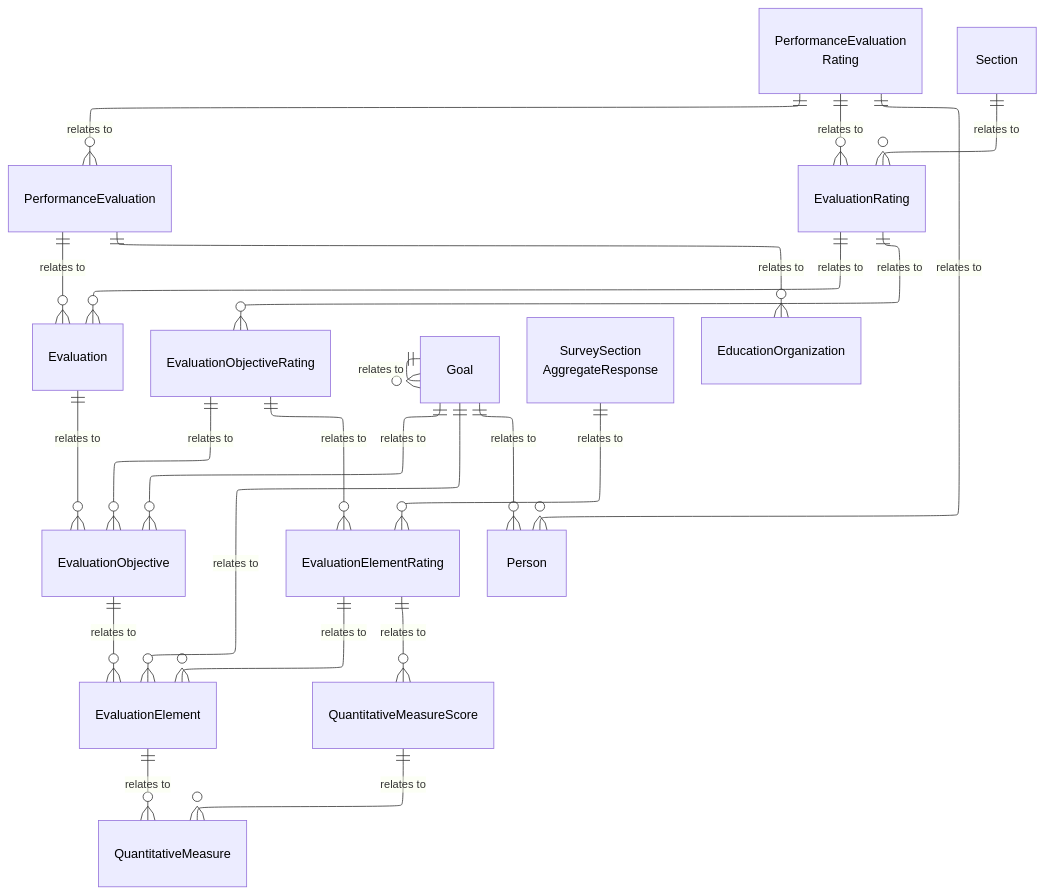
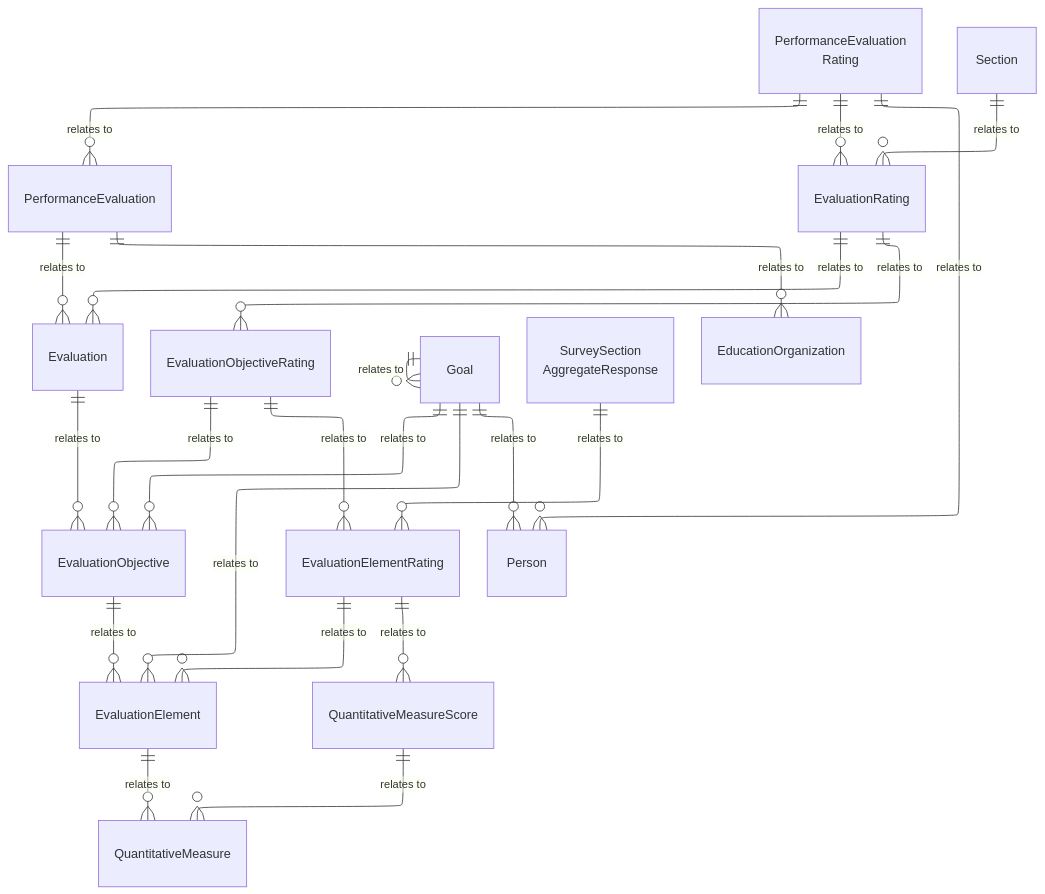
Before and after one commit to Ed-Fi-Alliance-OSS/ed-fi-alliance-oss.github.io: the diagram in dataStandard_versioned_docs/version-6/model-reference/performance-evaluation-domain/model-diagrams.md, drawn with Mermaid. The commit also changed 24 other files, not shown here.

````diff
--- a/dataStandard_versioned_docs/version-6/model-reference/performance-evaluation-domain/model-diagrams.md
+++ b/dataStandard_versioned_docs/version-6/model-reference/performance-evaluation-domain/model-diagrams.md
@@ -10,73 +10,58 @@
 ```mermaid
 ---
 config:
   layout: elk
 ---
 erDiagram
     PerformanceEvaluation {
     }
     PerformanceEvaluationRating["PerformanceEvaluation<br/>Rating"] {
     }
     Evaluation {
     }
     EvaluationRating {
     }
     EvaluationObjective {
     }
     EvaluationObjectiveRating {
     }
     EvaluationElement {
     }
     EvaluationElementRating {
     }
     QuantitativeMeasure {
     }
     QuantitativeMeasureScore {
     }
     Goal {
     }
     Person {
     }
     Section {
     }
     SurveySectionAggregateResponse["SurveySection<br/>AggregateResponse"] {
     }
     EducationOrganization {
     }
     PerformanceEvaluation ||--o{ EducationOrganization : "relates to"
     PerformanceEvaluation ||--o{ Evaluation : "relates to"
     PerformanceEvaluationRating ||--o{ PerformanceEvaluation : "relates to"
     PerformanceEvaluationRating ||--o{ EvaluationRating : "relates to"
     PerformanceEvaluationRating ||--o{ Person : "relates to"
     EvaluationRating ||--o{ Evaluation : "relates to"
     EvaluationRating ||--o{ EvaluationObjectiveRating : "relates to"
     Evaluation ||--o{ EvaluationObjective : "relates to"
     EvaluationObjective ||--o{ EvaluationElement : "relates to"
     EvaluationObjectiveRating ||--o{ EvaluationObjective : "relates to"
     EvaluationObjectiveRating ||--o{ EvaluationElementRating : "relates to"
     EvaluationElementRating ||--o{ EvaluationElement : "relates to"
     EvaluationElementRating ||--o{ QuantitativeMeasureScore : "relates to"
     EvaluationElement ||--o{ QuantitativeMeasure : "relates to"
     QuantitativeMeasureScore ||--o{ QuantitativeMeasure : "relates to"
     Goal ||--o{ Person : "relates to"
     Goal ||--o{ EvaluationObjective : "relates to"
     Goal ||--o{ EvaluationElement : "relates to"
     Goal ||--o{ Goal : "relates to"
     Section ||--o{ EvaluationRating : "relates to"
     SurveySectionAggregateResponse ||--o{ EvaluationElementRating : "relates to"
-    style PerformanceEvaluation color:#000000
-    style PerformanceEvaluationRating color:#000000
-    style Evaluation color:#000000
-    style EvaluationRating color:#000000
-    style EvaluationObjective color:#000000
-    style EvaluationObjectiveRating color:#000000
-    style EvaluationElement color:#000000
-    style EvaluationElementRating color:#000000
-    style QuantitativeMeasure color:#000000
-    style QuantitativeMeasureScore color:#000000
-    style Goal color:#000000
-    style Person color:#000000
-    style Section color:#000000
-    style SurveySectionAggregateResponse color:#000000
-    style EducationOrganization color:#000000
 ```
````
